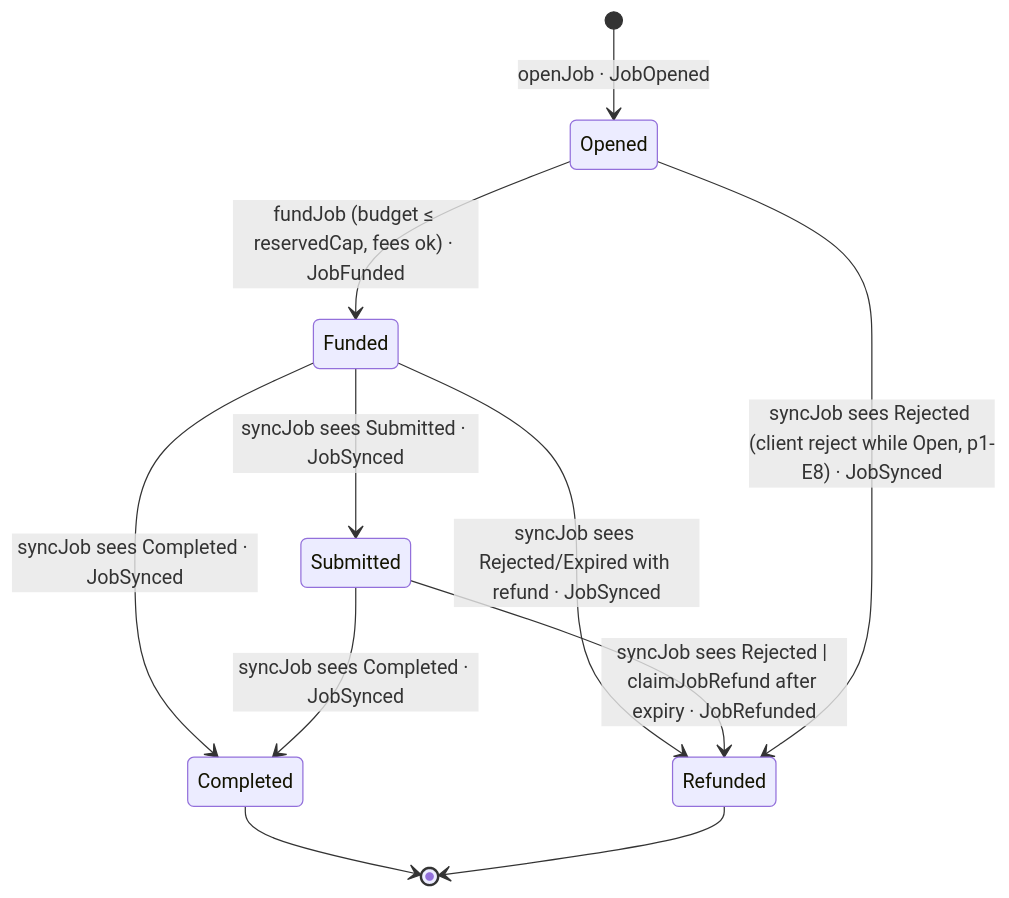
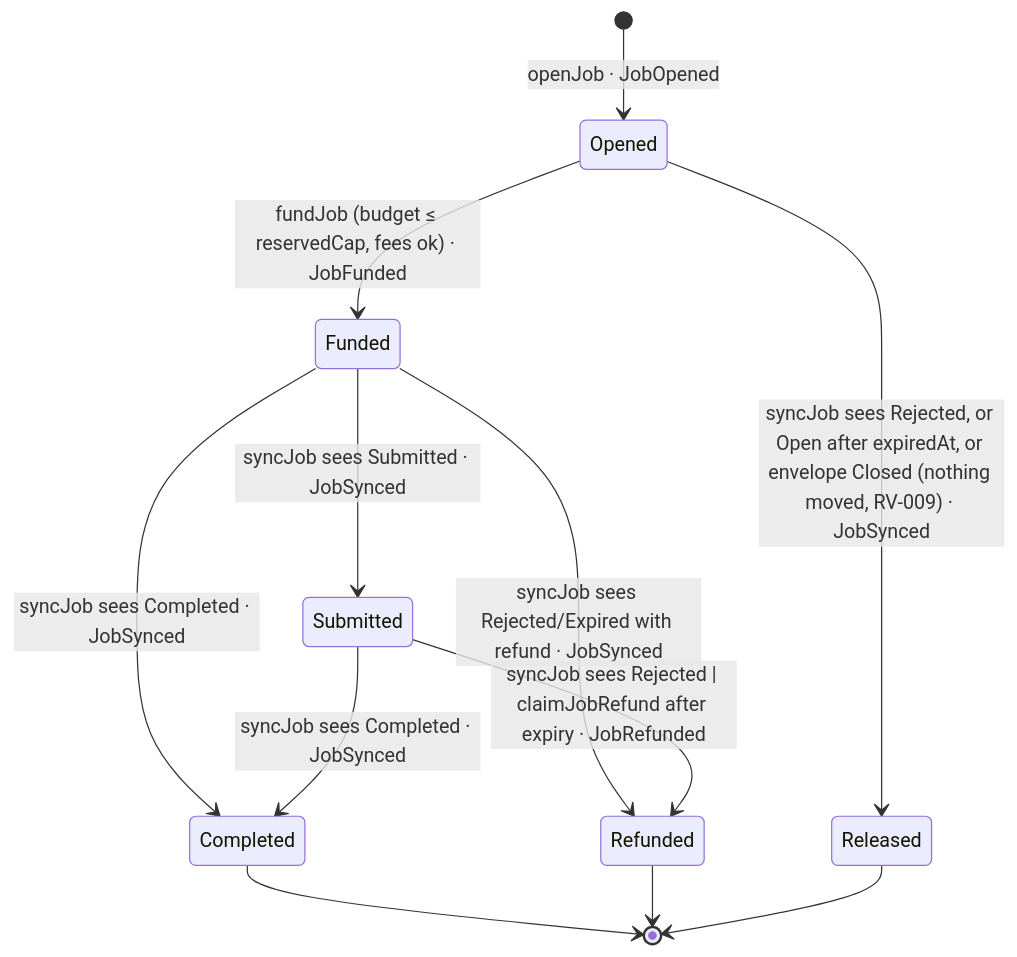
Before and after one commit to zaryab2000/czar: the fourth of 4 diagrams in specs/03-smart-contracts/czar-vault.md, drawn with Mermaid. The commit also changed other lines of this file and 3 other files, not shown here.

````diff
--- a/specs/03-smart-contracts/czar-vault.md
+++ b/specs/03-smart-contracts/czar-vault.md
@@ -347,13 +412,14 @@
 ```mermaid
 stateDiagram-v2
   [*] --> Opened: openJob · JobOpened
   Opened --> Funded: fundJob (budget ≤ reservedCap, fees ok) · JobFunded
   Funded --> Submitted: syncJob sees Submitted · JobSynced
   Funded --> Completed: syncJob sees Completed · JobSynced
   Submitted --> Completed: syncJob sees Completed · JobSynced
   Funded --> Refunded: syncJob sees Rejected/Expired with refund · JobSynced
   Submitted --> Refunded: syncJob sees Rejected | claimJobRefund after expiry · JobRefunded
-  Opened --> Refunded: syncJob sees Rejected (client reject while Open, p1-E8) · JobSynced
+  Opened --> Released: syncJob sees Rejected, or Open after expiredAt, or envelope Closed (nothing moved, RV-009) · JobSynced
   Completed --> [*]
   Refunded --> [*]
+  Released --> [*]
 ```
````
